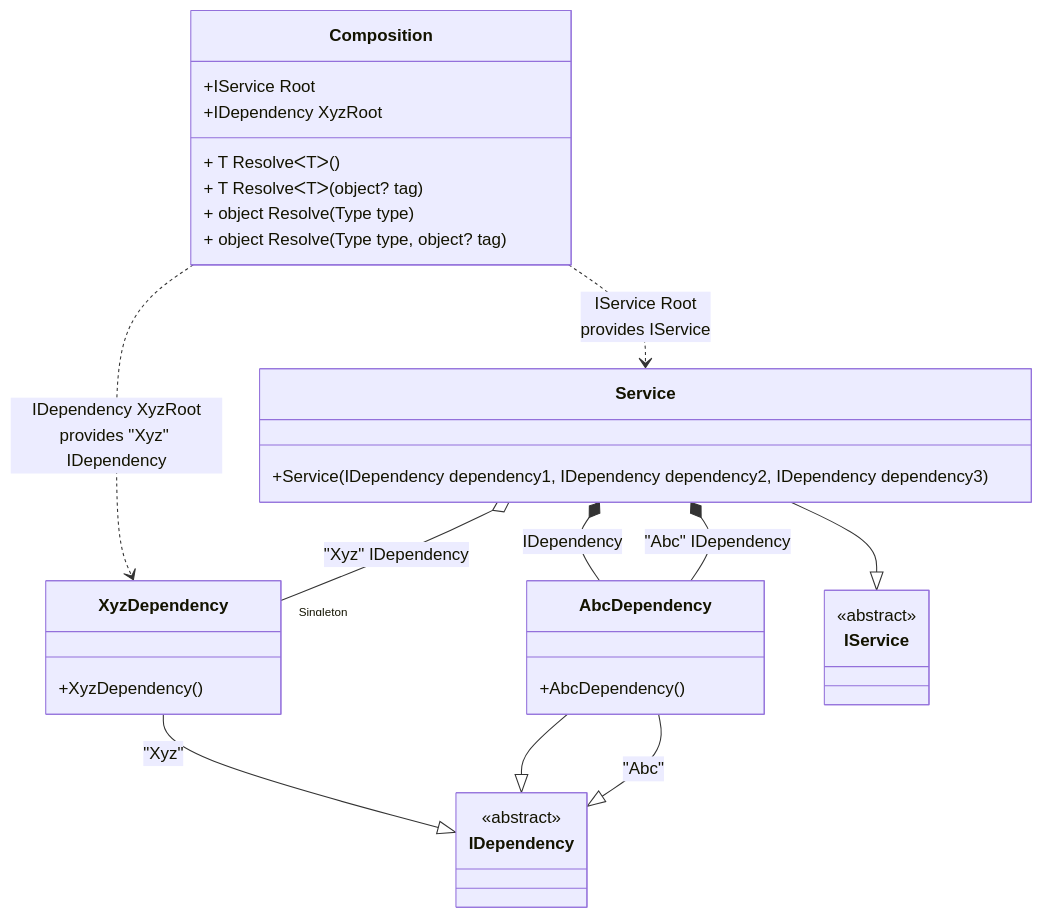
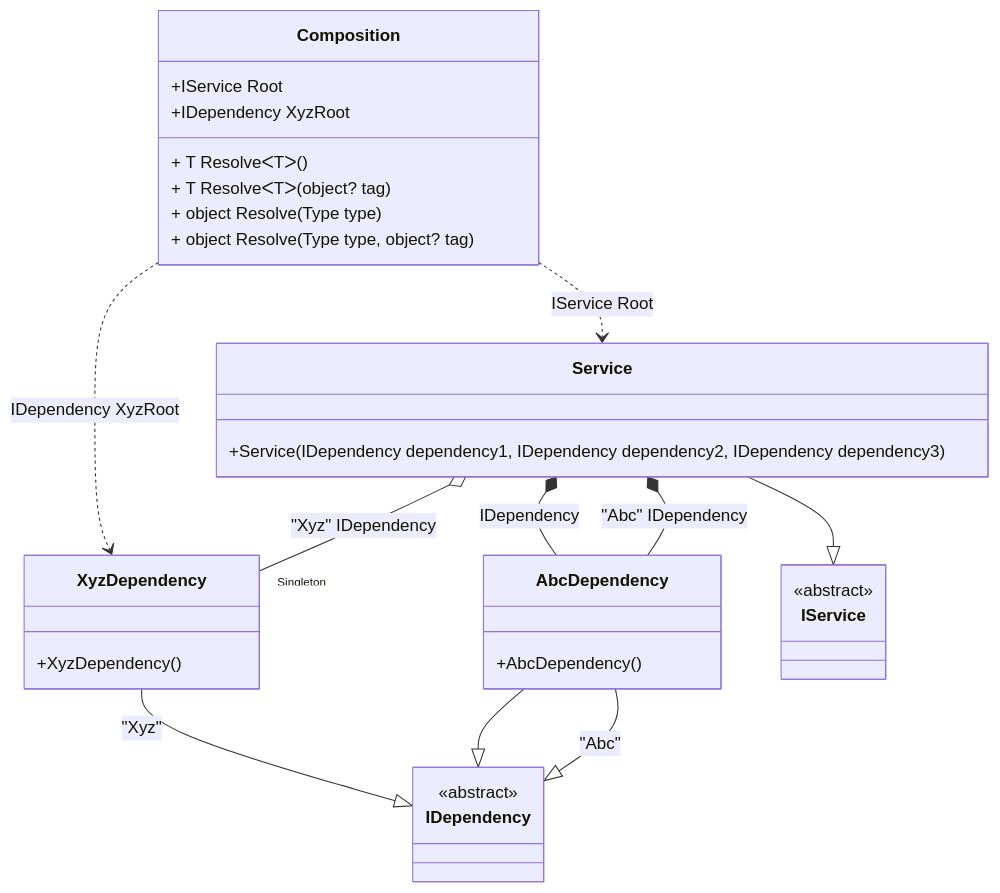
The diagram in readme/tags.md (DevTeam/Pure.DI), drawn with Mermaid before and after one commit. The commit also changed other lines of this file and 74 other files, not shown here.

````diff
--- a/readme/tags.md
+++ b/readme/tags.md
@@ -60,35 +60,35 @@
 ```mermaid
 classDiagram
   class Composition {
     +IService Root
     +IDependency XyzRoot
     + T ResolveᐸTᐳ()
     + T ResolveᐸTᐳ(object? tag)
     + object Resolve(Type type)
     + object Resolve(Type type, object? tag)
   }
   AbcDependency --|> IDependency : "Abc" 
   AbcDependency --|> IDependency : 
   class AbcDependency {
     +AbcDependency()
   }
   XyzDependency --|> IDependency : "Xyz" 
   class XyzDependency {
     +XyzDependency()
   }
   Service --|> IService : 
   class Service {
     +Service(IDependency dependency1, IDependency dependency2, IDependency dependency3)
   }
   class IDependency {
     <<abstract>>
   }
   class IService {
     <<abstract>>
   }
   Service *--  AbcDependency : "Abc"  IDependency
   Service o--  "Singleton" XyzDependency : "Xyz"  IDependency
   Service *--  AbcDependency : IDependency
-  Composition ..> XyzDependency : IDependency XyzRoot<br/>provides "Xyz" IDependency
-  Composition ..> Service : IService Root<br/>provides IService
+  Composition ..> XyzDependency : IDependency XyzRoot
+  Composition ..> Service : IService Root
 ```
````
